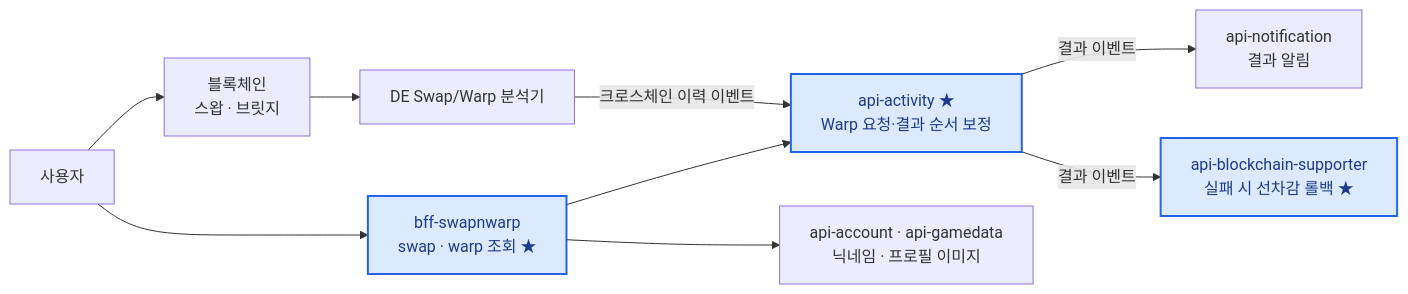
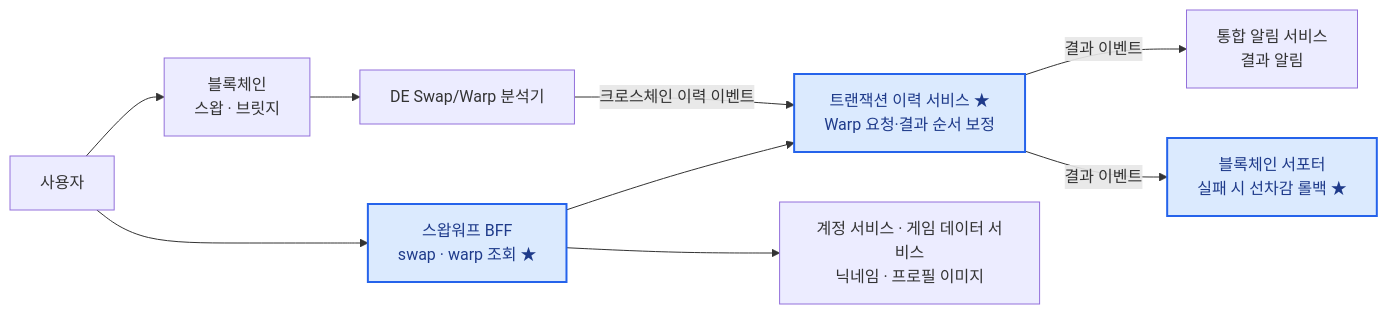
Before and after one commit to shalwxy/career: the diagram in content/diagrams/swapwarp.mmd, drawn with Mermaid. The commit also changed 24 other files, not shown here.

```diff
--- a/content/diagrams/swapwarp.mmd
+++ b/content/diagrams/swapwarp.mmd
@@ -1,13 +1,13 @@
 %% title: Swap & Warp — 크로스체인 전송 이력
 %% title_en: Swap & Warp — cross-chain transfer history
 flowchart LR
-    U[사용자] --> SW[bff-swapnwarp<br/>swap · warp 조회 ★]
+    U[사용자] --> SW[스왑워프 BFF<br/>swap · warp 조회 ★]
     U --> BC[블록체인<br/>스왑 · 브릿지]
     BC --> DEA[DE Swap/Warp 분석기]
-    DEA -- 크로스체인 이력 이벤트 --> ACT[api-activity ★<br/>Warp 요청·결과 순서 보정]
-    ACT -- 결과 이벤트 --> NT[api-notification<br/>결과 알림]
-    ACT -- 결과 이벤트 --> BCS[api-blockchain-supporter<br/>실패 시 선차감 롤백 ★]
+    DEA -- 크로스체인 이력 이벤트 --> ACT[트랜잭션 이력 서비스 ★<br/>Warp 요청·결과 순서 보정]
+    ACT -- 결과 이벤트 --> NT[통합 알림 서비스<br/>결과 알림]
+    ACT -- 결과 이벤트 --> BCS[블록체인 서포터<br/>실패 시 선차감 롤백 ★]
     SW --> ACT
-    SW --> GD[api-account · api-gamedata<br/>닉네임 · 프로필 이미지]
+    SW --> GD[계정 서비스 · 게임 데이터 서비스<br/>닉네임 · 프로필 이미지]
     classDef mine fill:#dbeafe,stroke:#2563eb,stroke-width:2px,color:#1e3a8a
     class SW,ACT,BCS mine
```
